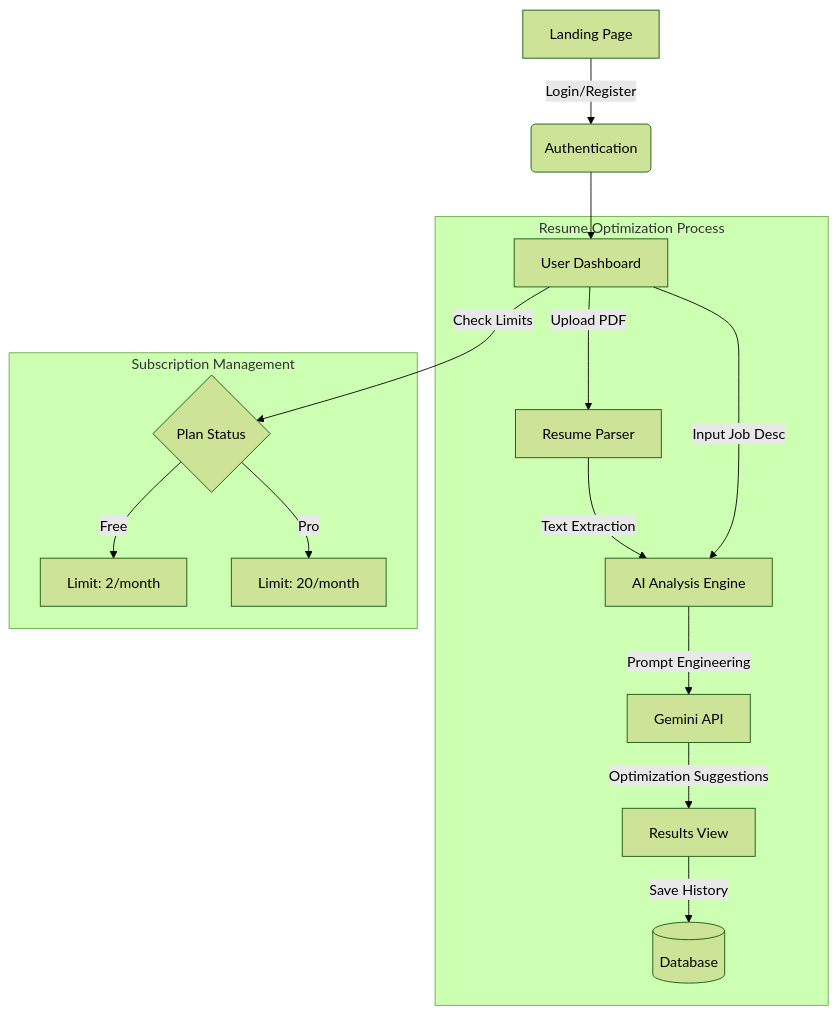
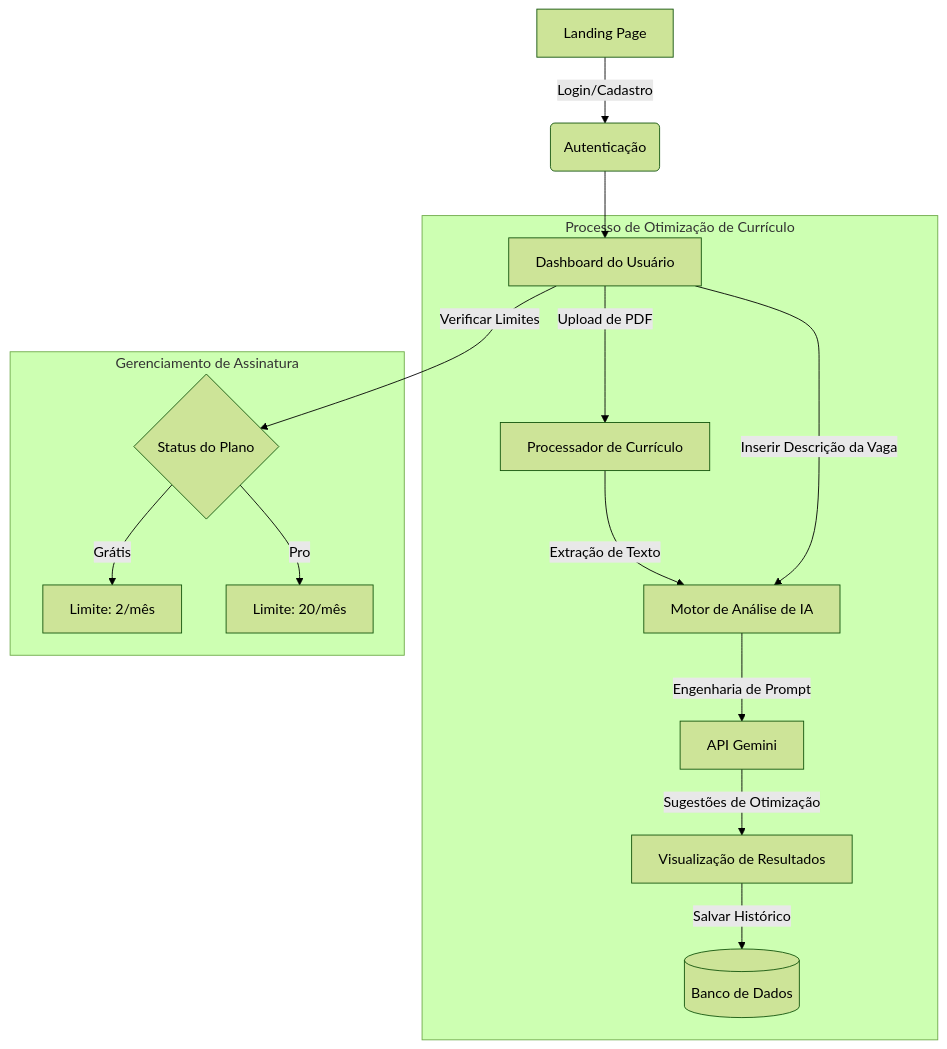
Before and after one commit to carlosresendeP/vaga-certa: the diagram in README.md, drawn with Mermaid (forest theme). The commit also changed other lines of this file, not shown here.

````diff
--- a/README.md
+++ b/README.md
@@ -21,20 +21,20 @@
 ```mermaid
 graph TD
-    A[Landing Page] -->|Login/Register| B(Authentication)
-    B --> C[User Dashboard]
+    A[Landing Page] -->|Login/Cadastro| B(Autenticação)
+    B --> C[Dashboard do Usuário]
 
-    subgraph "Resume Optimization Process"
-        C -->|Upload PDF| D[Resume Parser]
-        D -->|Text Extraction| E[AI Analysis Engine]
-        C -->|Input Job Desc| E
-        E -->|Prompt Engineering| F[Gemini API]
-        F -->|Optimization Suggestions| G[Results View]
-        G -->|Save History| H[(Database)]
+    subgraph "Processo de Otimização de Currículo"
+        C -->|Upload de PDF| D[Processador de Currículo]
+        D -->|Extração de Texto| E[Motor de Análise de IA]
+        C -->|Inserir Descrição da Vaga| E
+        E -->|Engenharia de Prompt| F[API Gemini]
+        F -->|Sugestões de Otimização| G[Visualização de Resultados]
+        G -->|Salvar Histórico| H[(Banco de Dados)]
     end
 
-    subgraph "Subscription Management"
-        C -->|Check Limits| I{Plan Status}
-        I -->|Free| J[Limit: 2/month]
-        I -->|Pro| K[Limit: 20/month]
+    subgraph "Gerenciamento de Assinatura"
+        C -->|Verificar Limites| I{Status do Plano}
+        I -->|Grátis| J[Limite: 2/mês]
+        I -->|Pro| K[Limite: 20/mês]
     end
 ```
````
